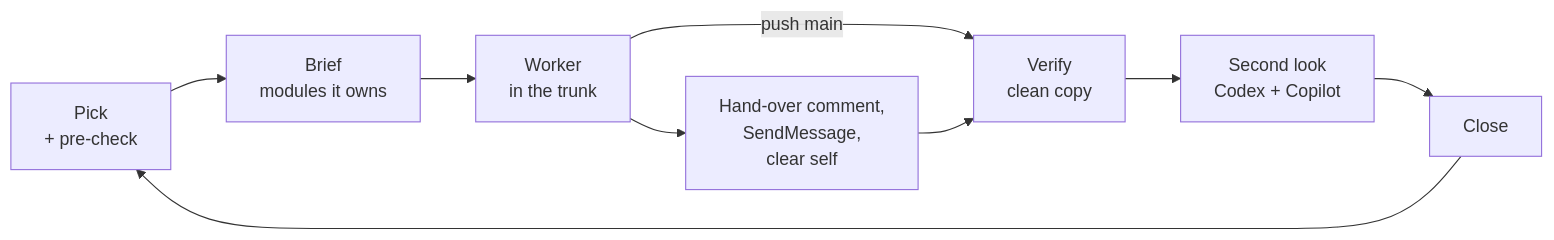
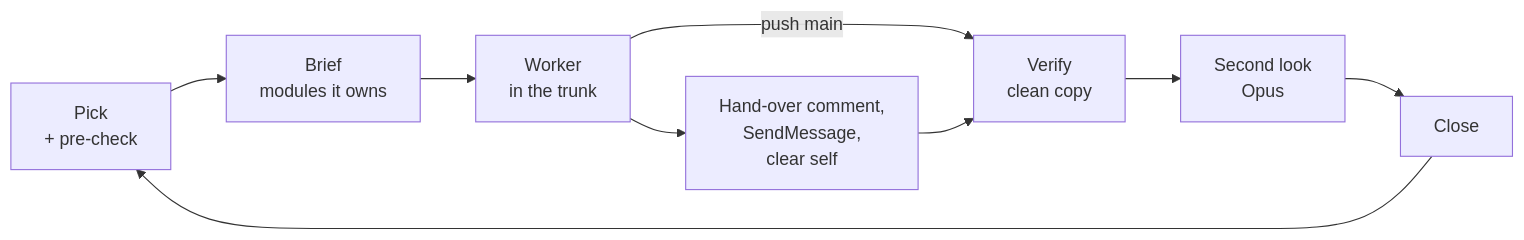
The second of 3 diagrams in docs/agents/orchestration.md (abossard/bossylights), drawn with Mermaid before and after one commit. The commit also changed other lines of this file, not shown here.

Commit message:
orchestration: Claude writes the code again, every check comes from Opus (owner)

````diff
--- a/docs/agents/orchestration.md
+++ b/docs/agents/orchestration.md
@@ -31,6 +31,6 @@
 ```mermaid
 flowchart LR
   P["Pick<br/>+ pre-check"] --> B["Brief<br/>modules it owns"] --> W["Worker<br/>in the trunk"] --> H["Hand-over comment,<br/>SendMessage,<br/>clear self"]
-  W -- "push main" --> V["Verify<br/>clean copy"] --> D["Second look<br/>Codex + Copilot"] --> C["Close"] --> P
+  W -- "push main" --> V["Verify<br/>clean copy"] --> D["Second look<br/>Opus"] --> C["Close"] --> P
   H --> V
 ```
````
